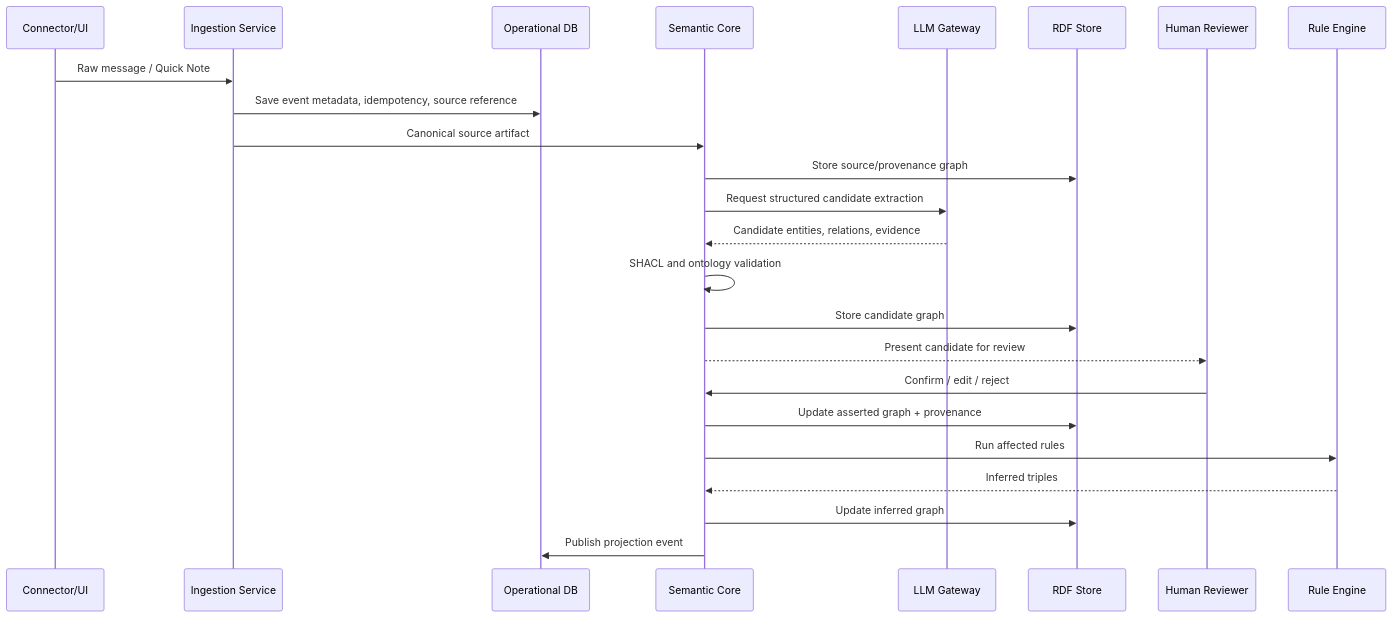
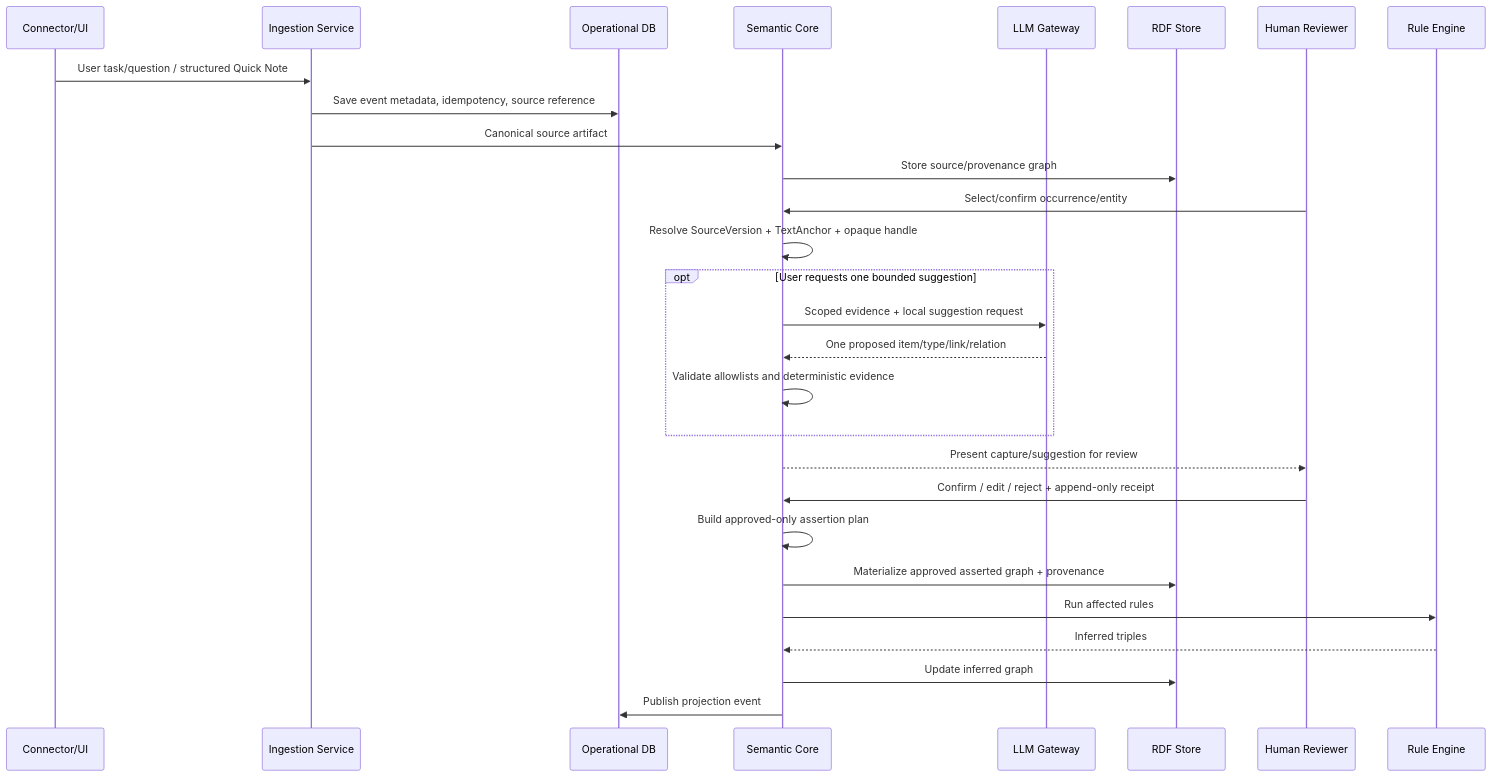
One commit to triet4p/projecta changed the second of 4 diagrams in docs/initialization/03-Project-Architecture-Overview.md. Above: the diagram before and after it, drawn with Mermaid. The commit also changed other lines of this file and 89 other files, not shown here.

````diff
--- a/docs/initialization/03-Project-Architecture-Overview.md
+++ b/docs/initialization/03-Project-Architecture-Overview.md
@@ -203,27 +210,31 @@
 ```mermaid
 sequenceDiagram
     participant C as Connector/UI
     participant I as Ingestion Service
     participant O as Operational DB
     participant S as Semantic Core
     participant L as LLM Gateway
     participant K as RDF Store
     participant H as Human Reviewer
     participant R as Rule Engine
 
-    C->>I: Raw message / Quick Note
+    C->>I: User task/question / structured Quick Note
     I->>O: Save event metadata, idempotency, source reference
     I->>S: Canonical source artifact
     S->>K: Store source/provenance graph
-    S->>L: Request structured candidate extraction
-    L-->>S: Candidate entities, relations, evidence
-    S->>S: SHACL and ontology validation
-    S->>K: Store candidate graph
-    S-->>H: Present candidate for review
-    H->>S: Confirm / edit / reject
-    S->>K: Update asserted graph + provenance
+    H->>S: Select/confirm occurrence/entity
+    S->>S: Resolve SourceVersion + TextAnchor + opaque handle
+    opt User requests one bounded suggestion
+        S->>L: Scoped evidence + local suggestion request
+        L-->>S: One proposed item/type/link/relation
+        S->>S: Validate allowlists and deterministic evidence
+    end
+    S-->>H: Present capture/suggestion for review
+    H->>S: Confirm / edit / reject + append-only receipt
+    S->>S: Build approved-only assertion plan
+    S->>K: Materialize approved asserted graph + provenance
     S->>R: Run affected rules
     R-->>S: Inferred triples
     S->>K: Update inferred graph
     S->>O: Publish projection event
 ```
````
